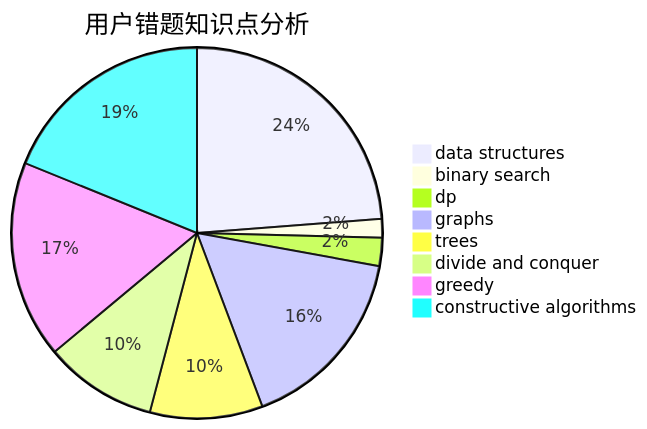
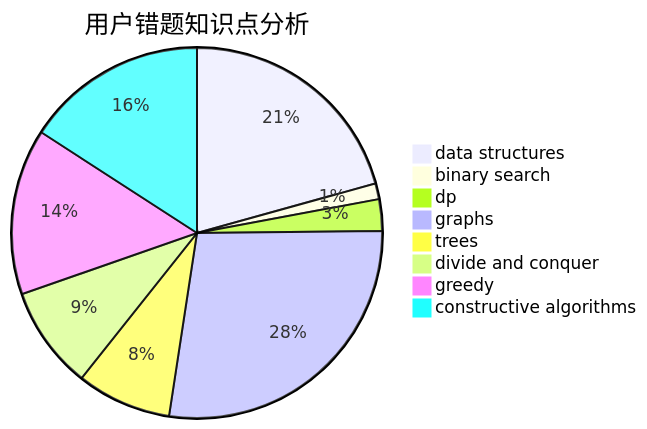
Before and after one commit to sherpahu/cfrs.github.io: the third of 3 diagrams in docs/user/u218.md, drawn with Mermaid. The commit also changed other lines of this file and 2770 other files, not shown here.

````diff
--- a/docs/user/u218.md
+++ b/docs/user/u218.md
@@ -36,11 +36,11 @@
 ```mermaid
 pie title 用户错题知识点分析
-    "data structures" :  29
+    "data structures" :  30
     "binary search" :  2
-    "dp" :  3
-    "graphs" :  20
+    "dp" :  4
+    "graphs" :  40
     "trees" :  12
-    "divide and conquer" :  12
+    "divide and conquer" :  13
     "greedy" :  21
     "constructive algorithms" :  23
 ```
````
